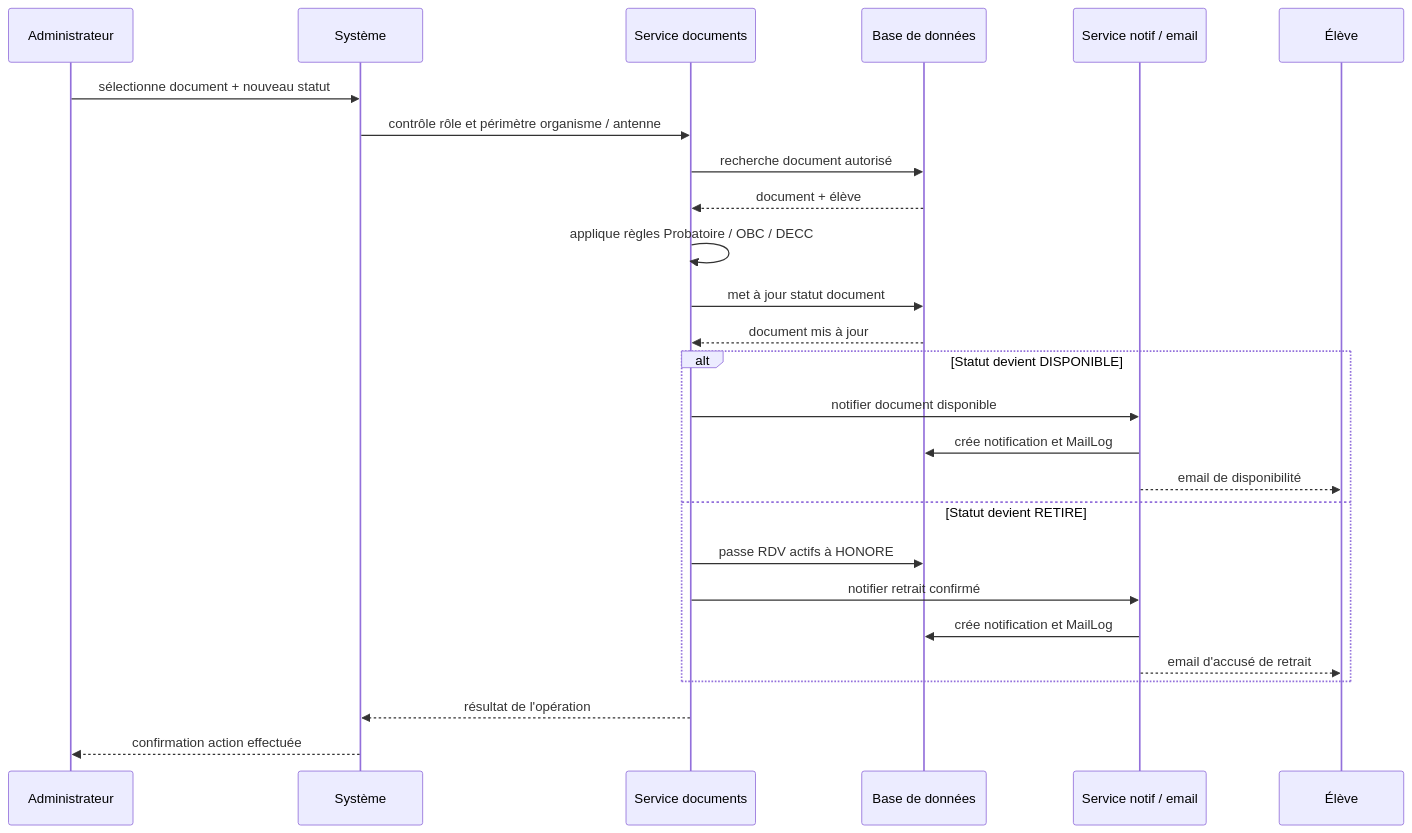
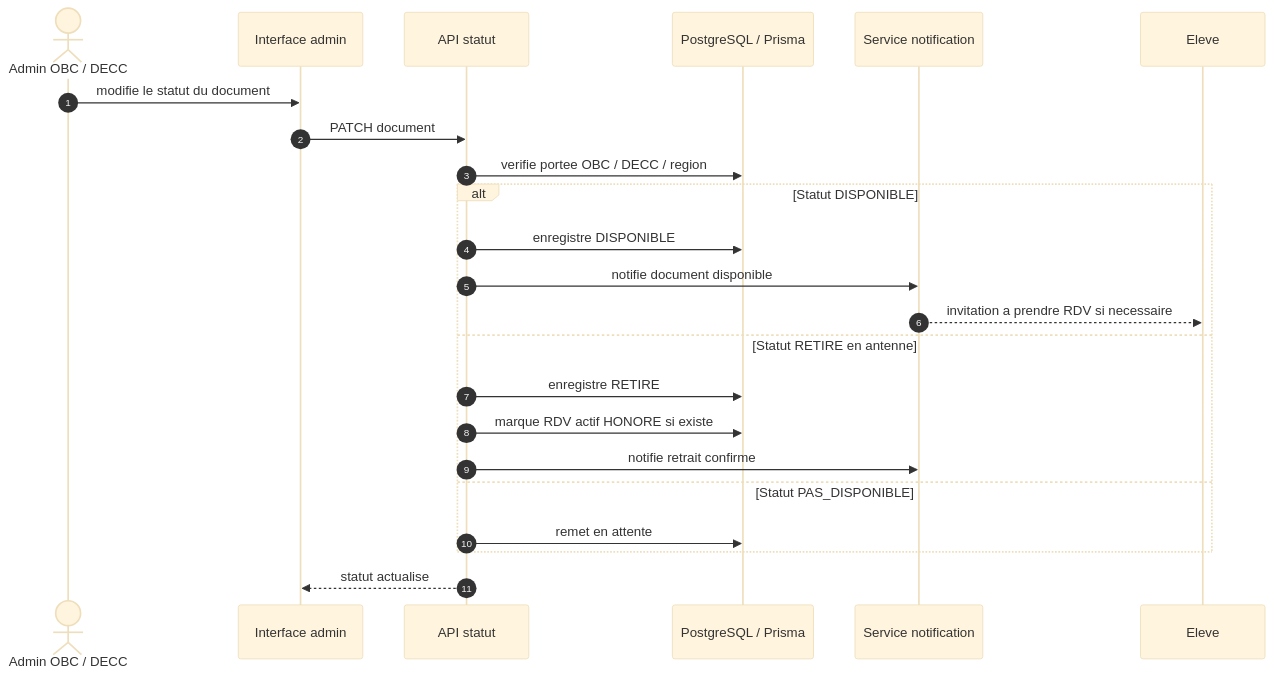
Before and after one commit to yoppanjikamf/application-demande-document-academique: the ninth of 11 diagrams in docs/diagrammes_uml_mis_a_jour.md, drawn with Mermaid. The commit also changed other lines of this file and 445 other files, not shown here.

````diff
--- a/docs/diagrammes_uml_mis_a_jour.md
+++ b/docs/diagrammes_uml_mis_a_jour.md
@@ -621,29 +635,27 @@
 ```mermaid
+%%{init: {"theme": "base", "themeVariables": {"fontFamily": "Arial", "fontSize": "20px"}}}%%
 sequenceDiagram
-    participant Admin as Administrateur
-    participant Systeme as Système
-    participant Service as Service documents
-    participant BDD as Base de données
-    participant Notif as Service notif / email
-    participant Eleve as Élève
+    autonumber
+    actor Admin as Admin OBC / DECC
+    participant UI as Interface admin
+    participant API as API statut
+    participant DB as PostgreSQL / Prisma
+    participant Notif as Service notification
+    participant Eleve
 
-    Admin->>Systeme: sélectionne document + nouveau statut
-    Systeme->>Service: contrôle rôle et périmètre organisme / antenne
-    Service->>BDD: recherche document autorisé
-    BDD-->>Service: document + élève
-    Service->>Service: applique règles Probatoire / OBC / DECC
-    Service->>BDD: met à jour statut document
-    BDD-->>Service: document mis à jour
-    alt Statut devient DISPONIBLE
-        Service->>Notif: notifier document disponible
-        Notif->>BDD: crée notification et MailLog
-        Notif-->>Eleve: email de disponibilité
-    else Statut devient RETIRE
-        Service->>BDD: passe RDV actifs à HONORE
-        Service->>Notif: notifier retrait confirmé
-        Notif->>BDD: crée notification et MailLog
-        Notif-->>Eleve: email d'accusé de retrait
+    Admin->>UI: modifie le statut du document
+    UI->>API: PATCH document
+    API->>DB: verifie portee OBC / DECC / region
+    alt Statut DISPONIBLE
+        API->>DB: enregistre DISPONIBLE
+        API->>Notif: notifie document disponible
+        Notif-->>Eleve: invitation a prendre RDV si necessaire
+    else Statut RETIRE en antenne
+        API->>DB: enregistre RETIRE
+        API->>DB: marque RDV actif HONORE si existe
+        API->>Notif: notifie retrait confirme
+    else Statut PAS_DISPONIBLE
+        API->>DB: remet en attente
     end
-    Service-->>Systeme: résultat de l'opération
-    Systeme-->>Admin: confirmation action effectuée
+    API-->>UI: statut actualise
 ```
````
